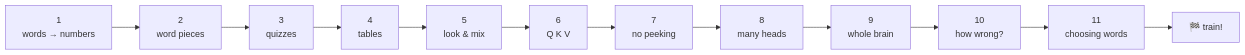
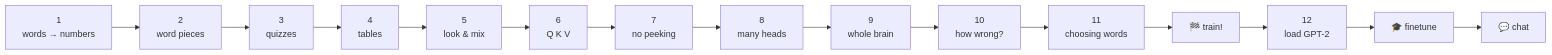
Before and after one commit to Ranjeet0611/tinygpt: the second of 2 diagrams in docs/classes/8-main-and-examples.md, drawn with Mermaid. The commit also changed other lines of this file and 40 other files, not shown here.

````diff
--- a/docs/classes/8-main-and-examples.md
+++ b/docs/classes/8-main-and-examples.md
@@ -49,6 +49,7 @@
 ```mermaid
 flowchart LR
     S1["1<br/>words → numbers"] --> S2["2<br/>word pieces"] --> S3["3<br/>quizzes"] --> S4["4<br/>tables"]
     S4 --> S5["5<br/>look & mix"] --> S6["6<br/>Q K V"] --> S7["7<br/>no peeking"] --> S8["8<br/>many heads"]
     S8 --> S9["9<br/>whole brain"] --> S10["10<br/>how wrong?"] --> S11["11<br/>choosing words"] --> T["🏁 train!"]
+    T --> S12["12<br/>load GPT-2"] --> FT["🎓 finetune"] --> CH["💬 chat"]
 ```
````
